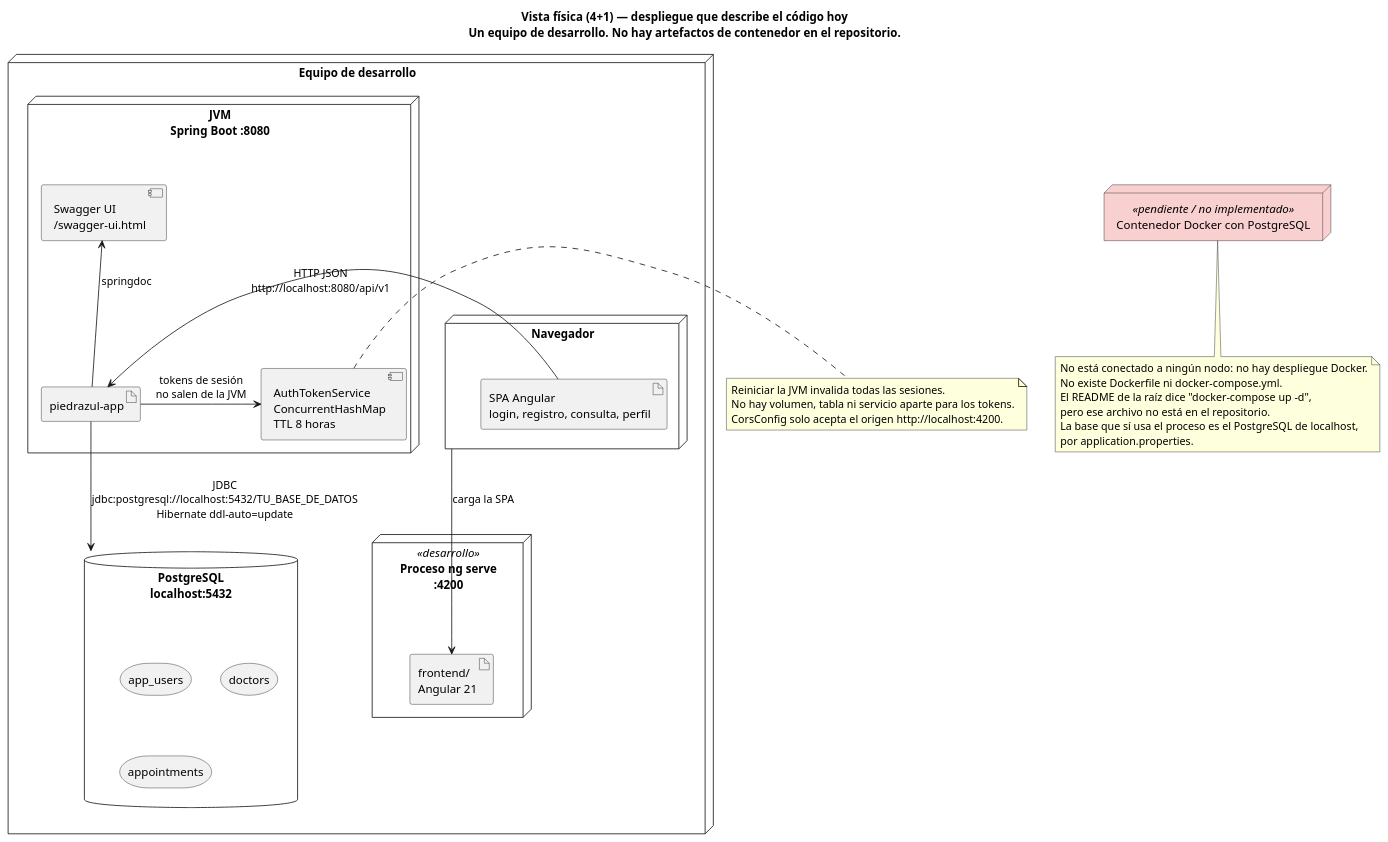
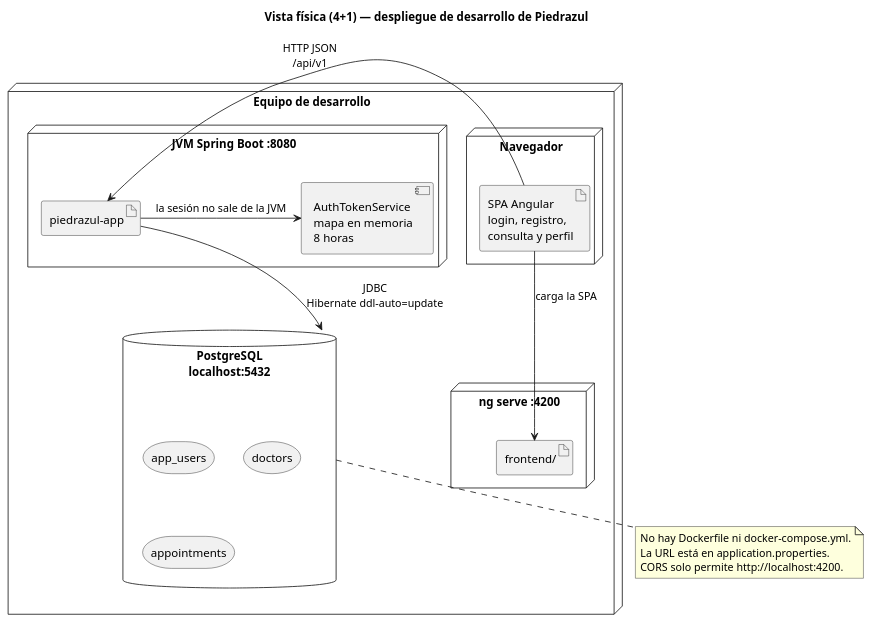
The diagram in docs/architecture/vistas-4+1/vista-fisica.puml (IikanBonilla/Piedrazul_System-Modular-Monolith), drawn with PlantUML before and after one commit. The commit also changed 11 other files, not shown here.

First line of the commit message:
Completa las cinco vistas 4+1 con el codigo real de Piedrazul.

```diff
--- a/docs/architecture/vistas-4+1/vista-fisica.puml
+++ b/docs/architecture/vistas-4+1/vista-fisica.puml
@@ -1,51 +1,34 @@
 @startuml vista-fisica
 skinparam shadowing false
-title Vista física (4+1) — despliegue que describe el código hoy\nUn equipo de desarrollo. No hay artefactos de contenedor en el repositorio.
+title Vista física (4+1) — despliegue de desarrollo de Piedrazul
 
-node "Equipo de desarrollo" as Host {
-  node "Navegador" as Browser {
-    artifact "SPA Angular\nlogin, registro, consulta, perfil" as Spa
+node "Equipo de desarrollo" {
+  node "Navegador" {
+    artifact "SPA Angular\nlogin, registro,\nconsulta y perfil" as Spa
   }
-
-  node "Proceso ng serve\n:4200" as Ng <<desarrollo>> {
-    artifact "frontend/\nAngular 21" as FeBuild
+  node "ng serve :4200" as Ng {
+    artifact "frontend/" as Fe
   }
-
-  node "JVM\nSpring Boot :8080" as Jvm {
-    artifact "piedrazul-app" as Jar
-    component "AuthTokenService\nConcurrentHashMap\nTTL 8 horas" as Mem
-    component "Swagger UI\n/swagger-ui.html" as Swagger
+  node "JVM Spring Boot :8080" as Jvm {
+    artifact "piedrazul-app" as Api
+    component "AuthTokenService\nmapa en memoria\n8 horas" as Tokens
   }
-
   database "PostgreSQL\nlocalhost:5432" as Db {
     storage "app_users" as T1
     storage "doctors" as T2
     storage "appointments" as T3
   }
 }
 
-together {
-  node "Contenedor Docker con PostgreSQL" as Docker <<pendiente / no implementado>> #F8D0D0
-  note bottom of Docker
-    No está conectado a ningún nodo: no hay despliegue Docker.
-    No existe Dockerfile ni docker-compose.yml.
-    El README de la raíz dice "docker-compose up -d",
-    pero ese archivo no está en el repositorio.
-    La base que sí usa el proceso es el PostgreSQL de localhost,
-    por application.properties.
-  end note
-}
+Spa -down-> Fe : carga la SPA
+Spa -right-> Api : HTTP JSON\n/api/v1
+Api -down-> Db : JDBC\nHibernate ddl-auto=update
+Api -right-> Tokens : la sesión no sale de la JVM
 
-Browser -down-> FeBuild : carga la SPA
-Spa -right-> Jar : HTTP JSON\nhttp://localhost:8080/api/v1
-Jar -down-> Db : JDBC\njdbc:postgresql://localhost:5432/TU_BASE_DE_DATOS\nHibernate ddl-auto=update
-Jar -right-> Mem : tokens de sesión\nno salen de la JVM
-Jar -up-> Swagger : springdoc
-
-note right of Mem
-  Reiniciar la JVM invalida todas las sesiones.
-  No hay volumen, tabla ni servicio aparte para los tokens.
-  CorsConfig solo acepta el origen http://localhost:4200.
+note bottom of Db
+  No hay Dockerfile ni docker-compose.yml.
+  La URL está en application.properties.
+  CORS solo permite http://localhost:4200.
 end note
 
 @enduml
```
